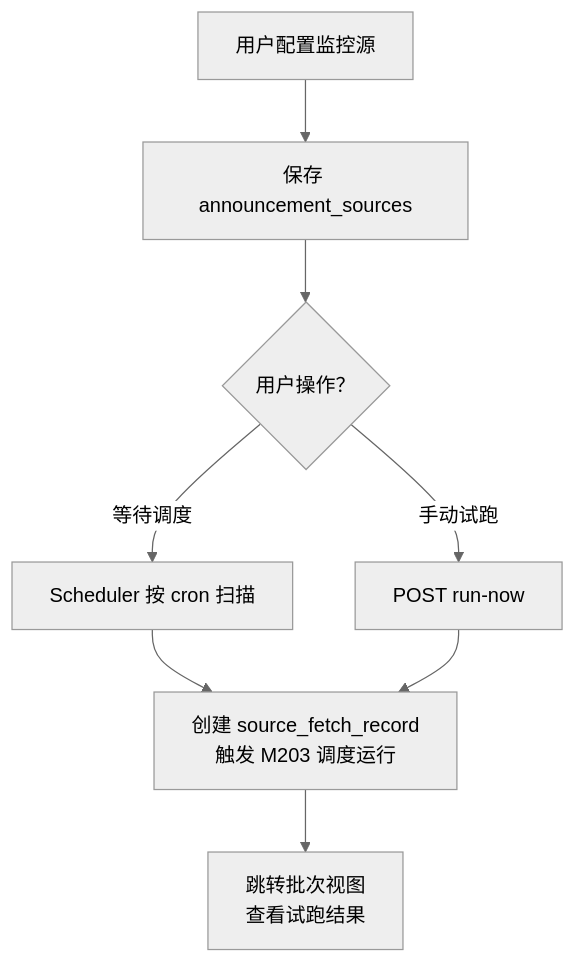
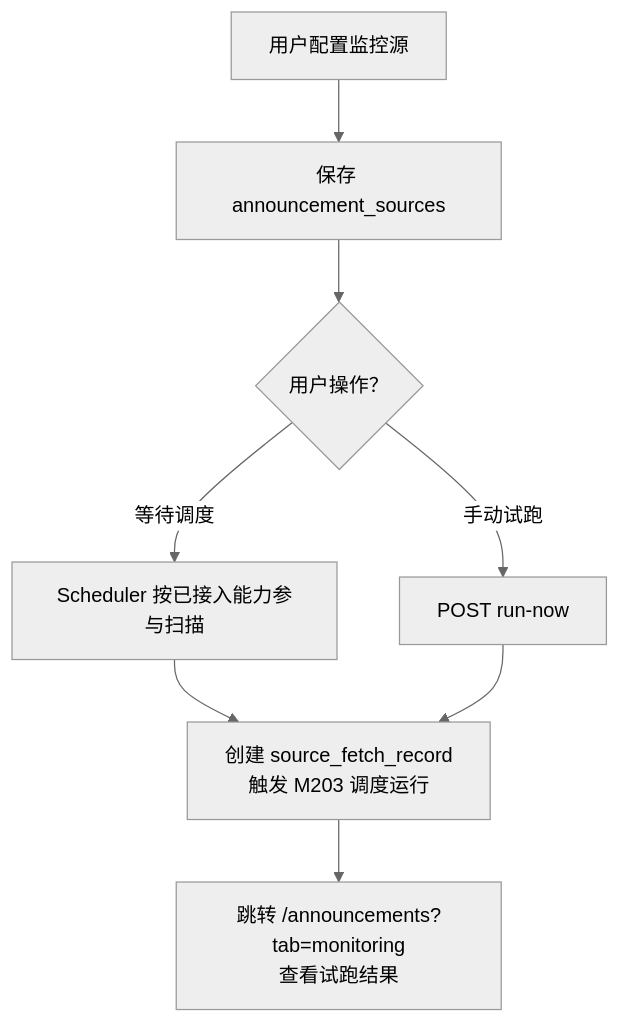
The diagram in docs/04-功能设计/M202-安全公告监控源管理功能设计.md (coeoo/AetherFlow), drawn with Mermaid (neutral theme) before and after one commit. The commit also changed other lines of this file and 26 other files, not shown here.

````diff
--- a/docs/04-功能设计/M202-安全公告监控源管理功能设计.md
+++ b/docs/04-功能设计/M202-安全公告监控源管理功能设计.md
@@ -45,10 +45,10 @@
 ```mermaid
 flowchart TD
     A["用户配置监控源"] --> B["保存 announcement_sources"]
     B --> C{"用户操作？"}
-    C -->|等待调度| D["Scheduler 按 cron 扫描"]
+    C -->|等待调度| D["Scheduler 按已接入能力参与扫描"]
     C -->|手动试跑| E["POST run-now"]
     D --> F["创建 source_fetch_record\n触发 M203 调度运行"]
     E --> F
-    F --> G["跳转批次视图\n查看试跑结果"]
+    F --> G["跳转 /announcements?tab=monitoring\n查看试跑结果"]
 ```
````
